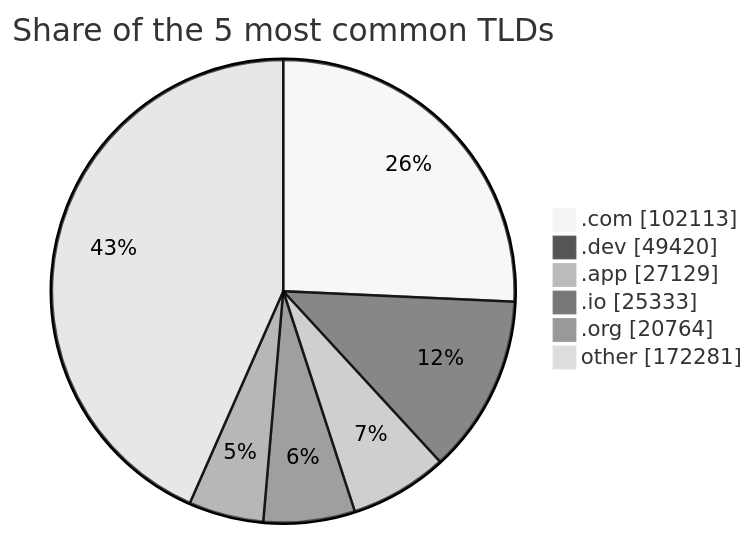
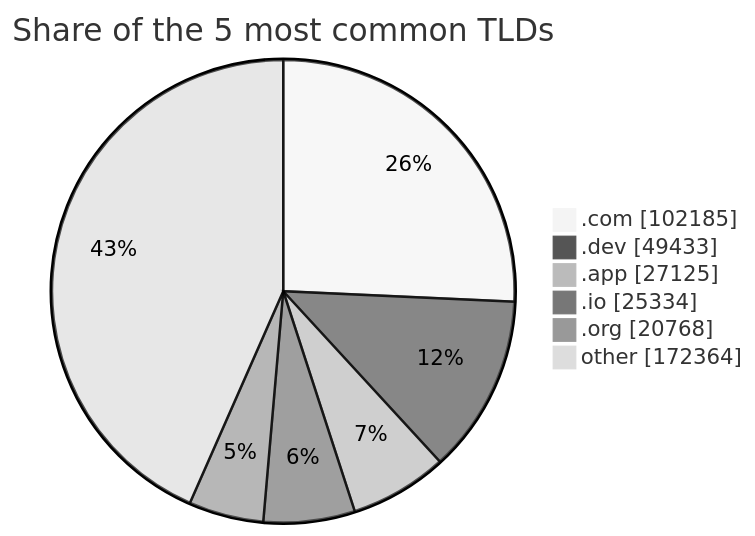
One commit to DNSBunker/CTI changed the third of 3 diagrams in README.md. Above: the diagram before and after it, drawn with Mermaid (neutral theme). The commit also changed other lines of this file and 3 other files, not shown here.

````diff
--- a/README.md
+++ b/README.md
@@ -81,9 +81,9 @@
 ```mermaid
 pie showData title Share of the 5 most common TLDs
-    ".com" : 102113
-    ".dev" : 49420
-    ".app" : 27129
-    ".io" : 25333
-    ".org" : 20764
-    "other" : 172281
+    ".com" : 102185
+    ".dev" : 49433
+    ".app" : 27125
+    ".io" : 25334
+    ".org" : 20768
+    "other" : 172364
 ```
````
